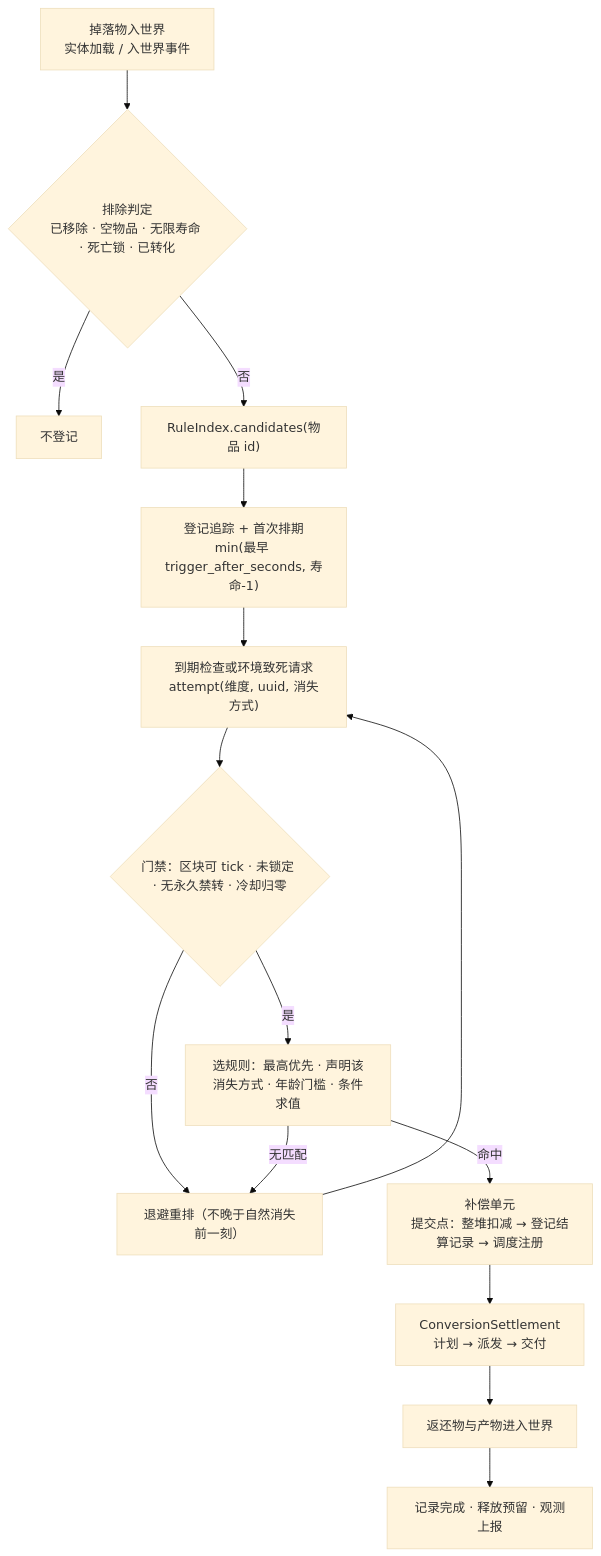
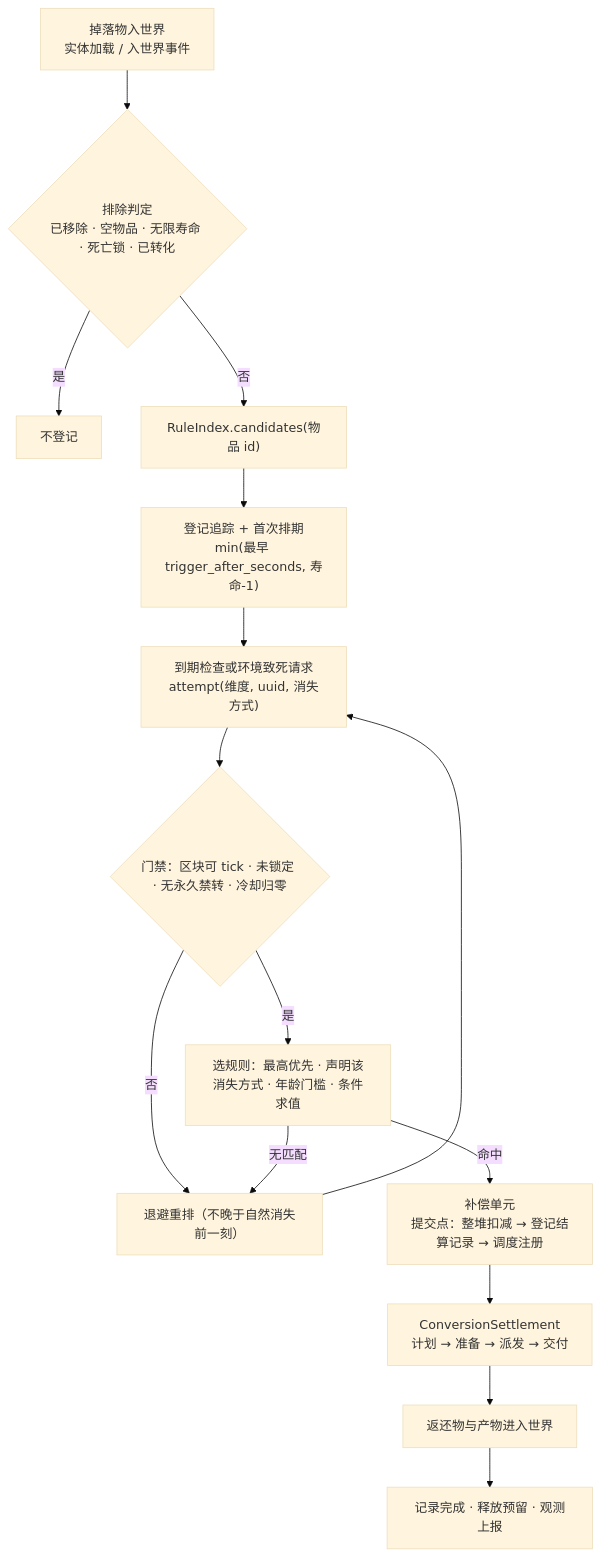
The second of 3 diagrams in docs/architecture/key-flows.md (meteoritel/item-despawn-to-what), drawn with Mermaid (base theme) before and after one commit. The commit also changed other lines of this file and 28 other files, not shown here.

````diff
--- a/docs/architecture/key-flows.md
+++ b/docs/architecture/key-flows.md
@@ -70,17 +70,17 @@
 ```mermaid
 flowchart TB
     A["掉落物入世界<br/>实体加载 / 入世界事件"] --> B{"排除判定<br/>已移除 · 空物品 · 无限寿命 · 死亡锁 · 已转化"}
     B -- "是" --> X["不登记"]
     B -- "否" --> C["RuleIndex.candidates(物品 id)"]
     C --> D["登记追踪 + 首次排期<br/>min(最早 trigger_after_seconds, 寿命-1)"]
     D --> E["到期检查或环境致死请求<br/>attempt(维度, uuid, 消失方式)"]
     E --> F{"门禁：区块可 tick · 未锁定 · 无永久禁转 · 冷却归零"}
     F -- "否" --> R["退避重排（不晚于自然消失前一刻）"]
     F -- "是" --> G["选规则：最高优先 · 声明该消失方式 · 年龄门槛 · 条件求值"]
     G -- "无匹配" --> R
     G -- "命中" --> H["补偿单元<br/>提交点：整堆扣减 → 登记结算记录 → 调度注册"]
-    H --> I["ConversionSettlement<br/>计划 → 派发 → 交付"]
+    H --> I["ConversionSettlement<br/>计划 → 准备 → 派发 → 交付"]
     I --> J["返还物与产物进入世界"]
     J --> K["记录完成 · 释放预留 · 观测上报"]
     R --> E
 ```
````
